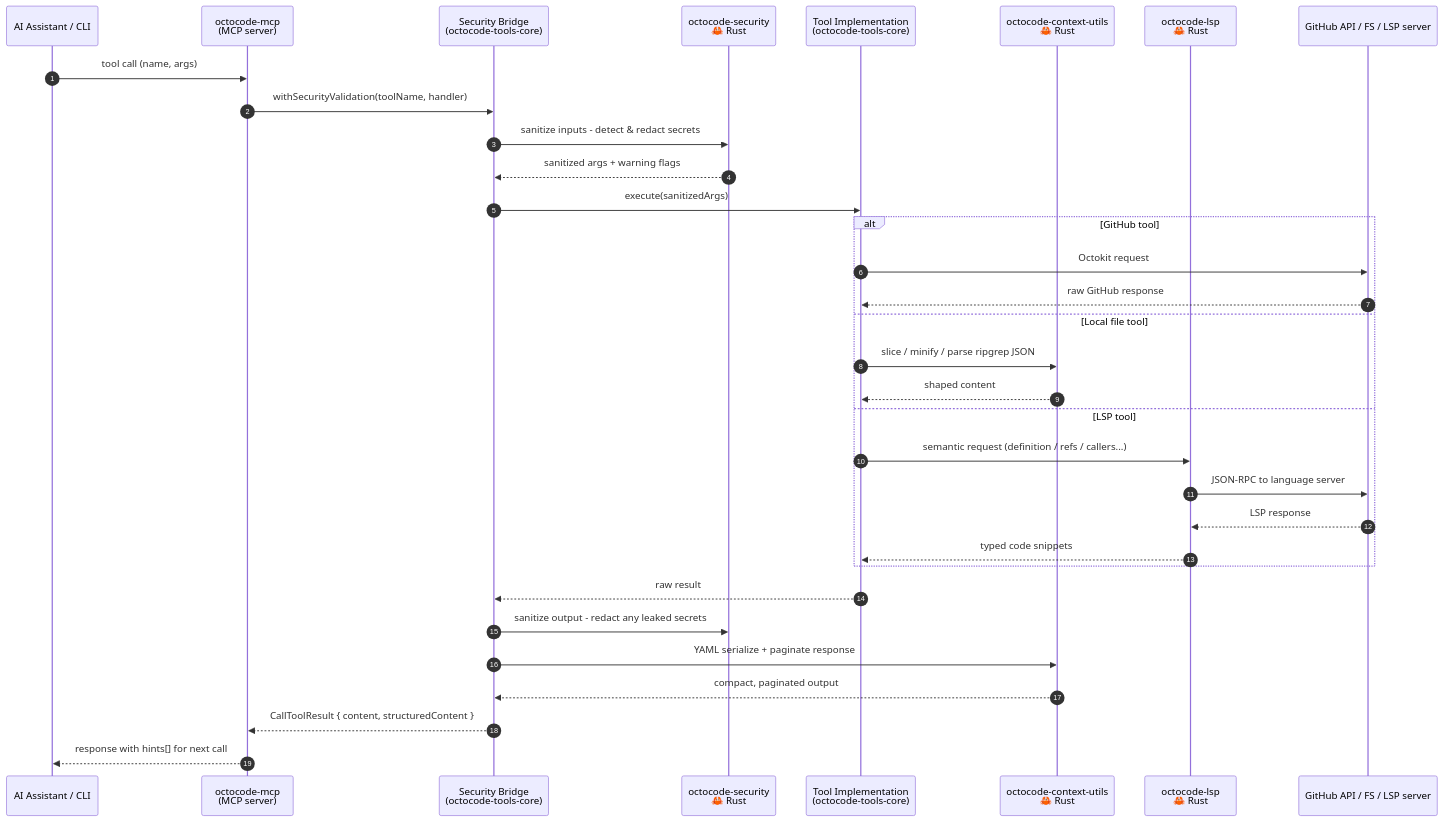
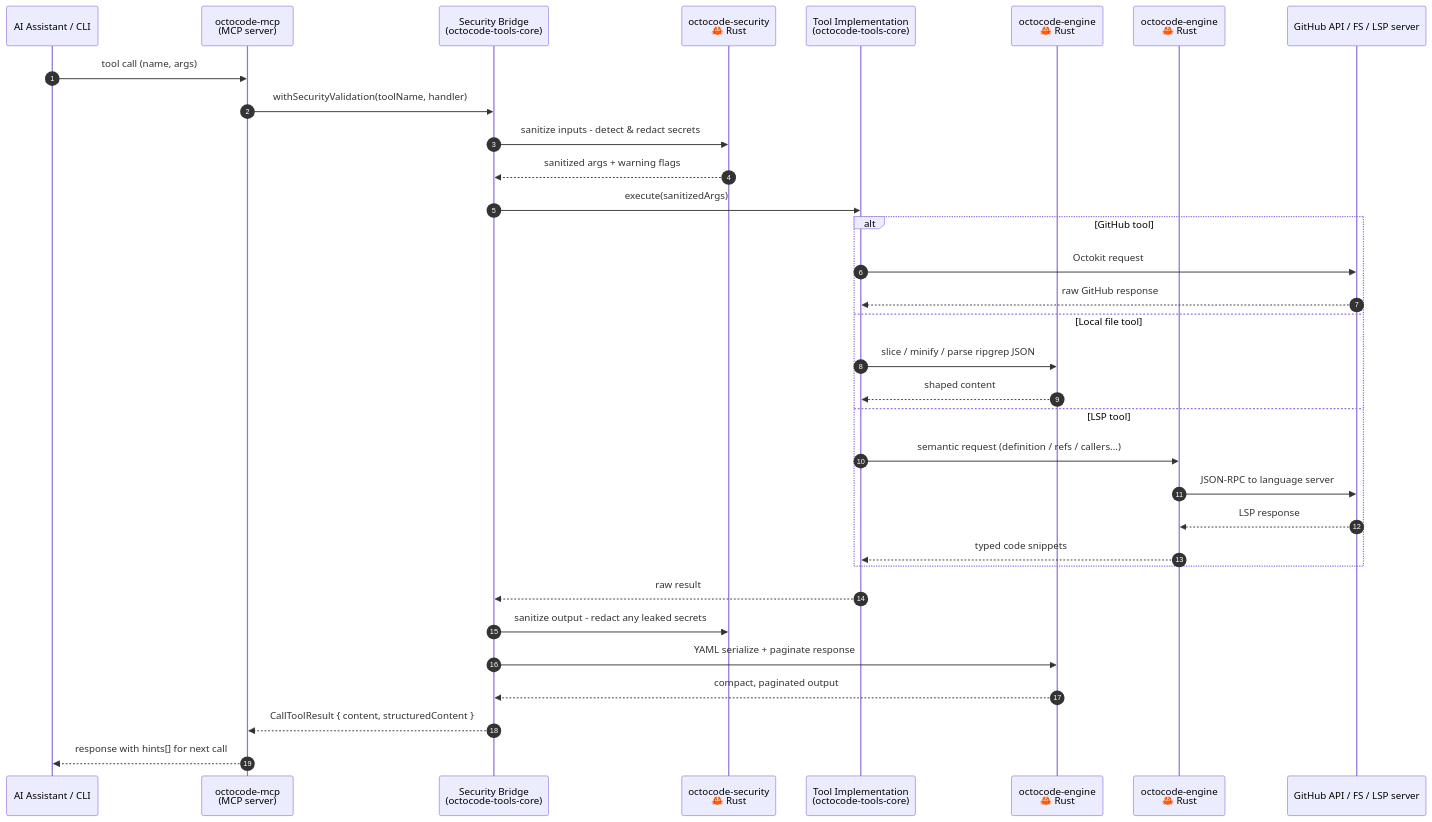
Before and after one commit to yermakoffivan/octocode: the second of 2 diagrams in packages/octocode/README.md, drawn with Mermaid. The commit also changed other lines of this file and 864 other files, not shown here.

````diff
--- a/packages/octocode/README.md
+++ b/packages/octocode/README.md
@@ -443,38 +443,38 @@
 ```mermaid
 sequenceDiagram
     autonumber
     participant Client as AI Assistant / CLI
     participant MCP as octocode-mcp<br/>(MCP server)
     participant Bridge as Security Bridge<br/>(octocode-tools-core)
     participant RustSec as octocode-security<br/>🦀 Rust
     participant Tool as Tool Implementation<br/>(octocode-tools-core)
-    participant RustCtx as octocode-context-utils<br/>🦀 Rust
-    participant RustLsp as octocode-lsp<br/>🦀 Rust
+    participant RustCtx as octocode-engine<br/>🦀 Rust
+    participant RustLsp as octocode-engine<br/>🦀 Rust
     participant Ext as GitHub API / FS / LSP server
 
     Client->>MCP: tool call (name, args)
     MCP->>Bridge: withSecurityValidation(toolName, handler)
     Bridge->>RustSec: sanitize inputs - detect & redact secrets
     RustSec-->>Bridge: sanitized args + warning flags
     Bridge->>Tool: execute(sanitizedArgs)
 
     alt GitHub tool
         Tool->>Ext: Octokit request
         Ext-->>Tool: raw GitHub response
     else Local file tool
         Tool->>RustCtx: slice / minify / parse ripgrep JSON
         RustCtx-->>Tool: shaped content
     else LSP tool
         Tool->>RustLsp: semantic request (definition / refs / callers...)
         RustLsp->>Ext: JSON-RPC to language server
         Ext-->>RustLsp: LSP response
         RustLsp-->>Tool: typed code snippets
     end
 
     Tool-->>Bridge: raw result
     Bridge->>RustSec: sanitize output - redact any leaked secrets
     Bridge->>RustCtx: YAML serialize + paginate response
     RustCtx-->>Bridge: compact, paginated output
     Bridge-->>MCP: CallToolResult { content, structuredContent }
     MCP-->>Client: response with hints[] for next call
 ```
````
